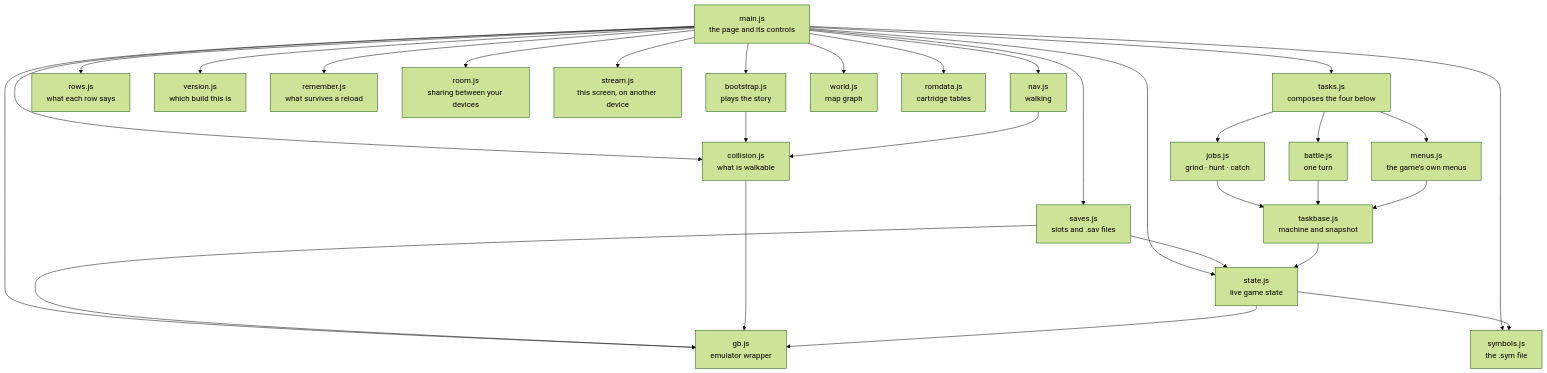
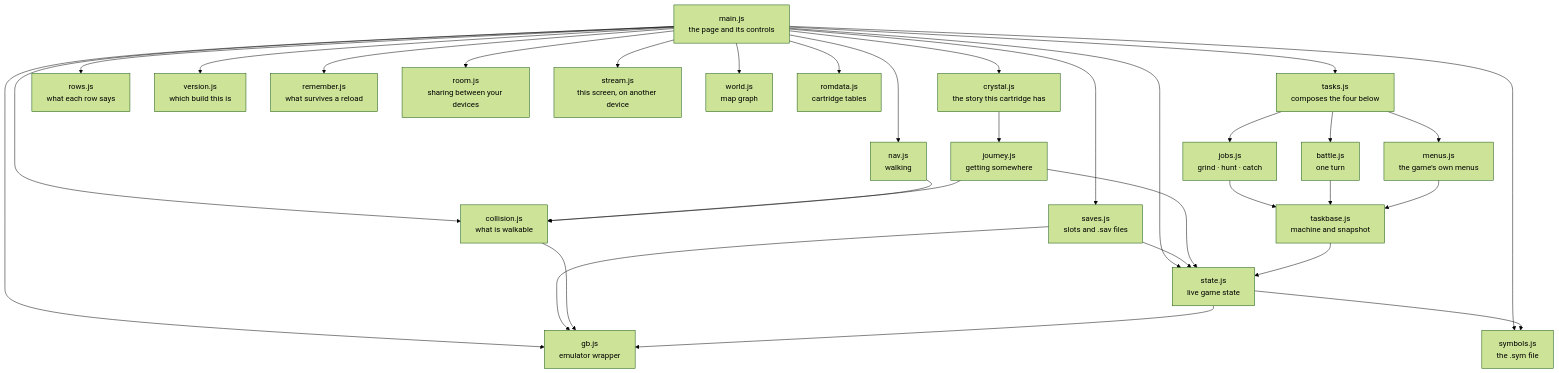
One commit to minormending/crystal-pilot-mobile changed the second of 21 diagrams in docs/CODE.md. Above: the diagram before and after it, drawn with Mermaid (forest theme). The commit also changed other lines of this file and 8 other files, not shown here.

````diff
--- a/docs/CODE.md
+++ b/docs/CODE.md
@@ -110,53 +110,56 @@
 ```mermaid
 flowchart TD
     main["main.js<br/>the page and its controls"]
-    boot["bootstrap.js<br/>plays the story"]
+    title["crystal.js<br/>the story this cartridge has"]
+    jour["journey.js<br/>getting somewhere"]
     tasks["tasks.js<br/>composes the four below"]
     jobs["jobs.js<br/>grind · hunt · catch"]
     btl["battle.js<br/>one turn"]
     menus["menus.js<br/>the game's own menus"]
     tbase["taskbase.js<br/>machine and snapshot"]
     rows["rows.js<br/>what each row says"]
     ver["version.js<br/>which build this is"]
     rem["remember.js<br/>what survives a reload"]
     room["room.js<br/>sharing between your devices"]
     stream["stream.js<br/>this screen, on another device"]
     nav["nav.js<br/>walking"]
     world["world.js<br/>map graph"]
     coll["collision.js<br/>what is walkable"]
     state["state.js<br/>live game state"]
     rom["romdata.js<br/>cartridge tables"]
     sym["symbols.js<br/>the .sym file"]
     saves["saves.js<br/>slots and .sav files"]
     gb["gb.js<br/>emulator wrapper"]
 
-    main --> boot
+    main --> title
     main --> tasks
     main --> rows
     main --> ver
     main --> rem
     main --> room
     main --> stream
     main --> nav
     main --> world
     main --> coll
     main --> state
     main --> rom
     main --> sym
     main --> gb
     main --> saves
     saves --> gb
     saves --> state
-    boot --> coll
+    title --> jour
+    jour --> coll
+    jour --> state
     tasks --> jobs
     tasks --> btl
     tasks --> menus
     jobs --> tbase
     btl --> tbase
     menus --> tbase
     tbase --> state
     nav --> coll
     coll --> gb
     state --> gb
     state --> sym
 ```
````
